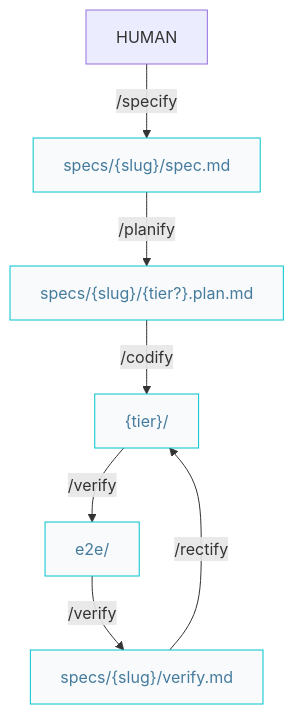
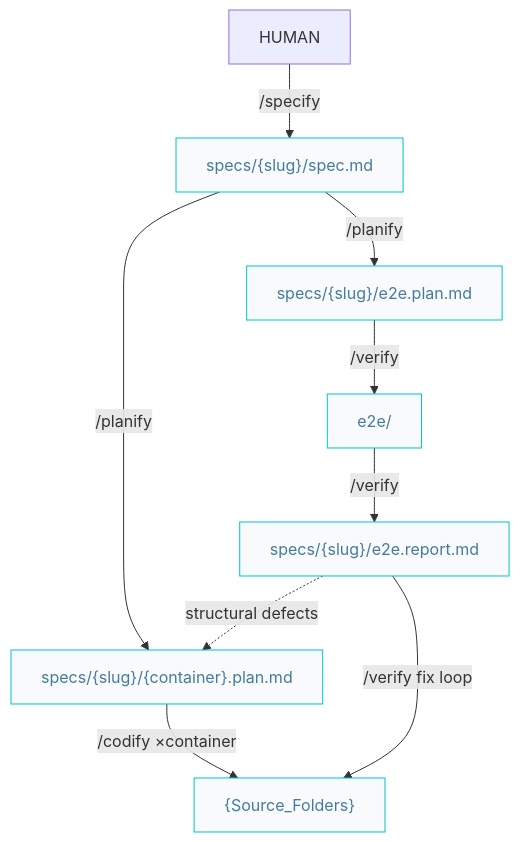
The diagram in docs/builder.pipelines.md (AIDDbot/AIDDbot), drawn with Mermaid before and after one commit. The commit also changed other lines of this file and 10 other files, not shown here.

````diff
--- a/docs/builder.pipelines.md
+++ b/docs/builder.pipelines.md
@@ -9,18 +9,21 @@
 ```mermaid
 flowchart TD  
   HUM[HUMAN]
   SPC["specs/{slug}/spec.md"]:::nd
-  PLN["specs/{slug}/{tier?}.plan.md"]:::nd
-  COD["{tier}/"]:::nd
+  PLN["specs/{slug}/{container}.plan.md"]:::nd
+  EPL["specs/{slug}/e2e.plan.md"]:::nd
+  COD["{Source_Folders}"]:::nd
   E2E["e2e/"]:::nd
-  VER["specs/{slug}/verify.md"]:::nd
+  RPT["specs/{slug}/e2e.report.md"]:::nd
 
   HUM -->|/specify| SPC
   SPC -->|/planify| PLN
-  PLN -->|/codify| COD
-  COD -->|/verify| E2E
-  E2E -->|/verify| VER
-  VER -->|/rectify| COD
+  SPC -->|/planify| EPL
+  PLN -->|/codify ×container| COD
+  EPL -->|/verify| E2E
+  E2E -->|/verify| RPT
+  RPT -->|/verify fix loop| COD
+  RPT -.->|structural defects| PLN
   
   classDef nd fill:#f8fafc,stroke:#00c4cc,color:#457b9d
 ```
````
